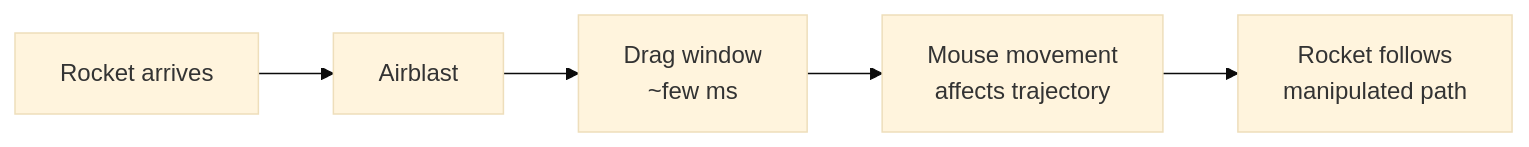
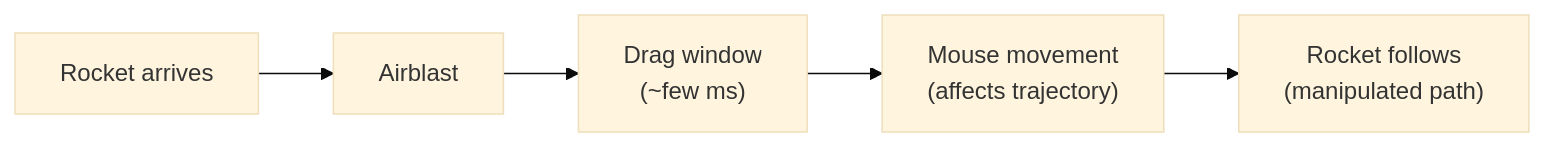
The diagram in docs/techniques/dragging.md (UDL-TF/Wiki), drawn with Mermaid (base theme) before and after one commit.

Commit message:
Fix diagram \n and add ()

````diff
--- a/docs/techniques/dragging.md
+++ b/docs/techniques/dragging.md
@@ -19,7 +19,7 @@
 ```mermaid
 flowchart LR
     A[Rocket arrives] --> B[Airblast]
-    B --> C[Drag window\n~few ms]
-    C --> D[Mouse movement\naffects trajectory]
-    D --> E[Rocket follows\nmanipulated path]
+    B --> C["Drag window<br>(~few ms)"]
+    C --> D["Mouse movement<br>(affects trajectory)"]
+    D --> E["Rocket follows<br>(manipulated path)"]
 ```
````
